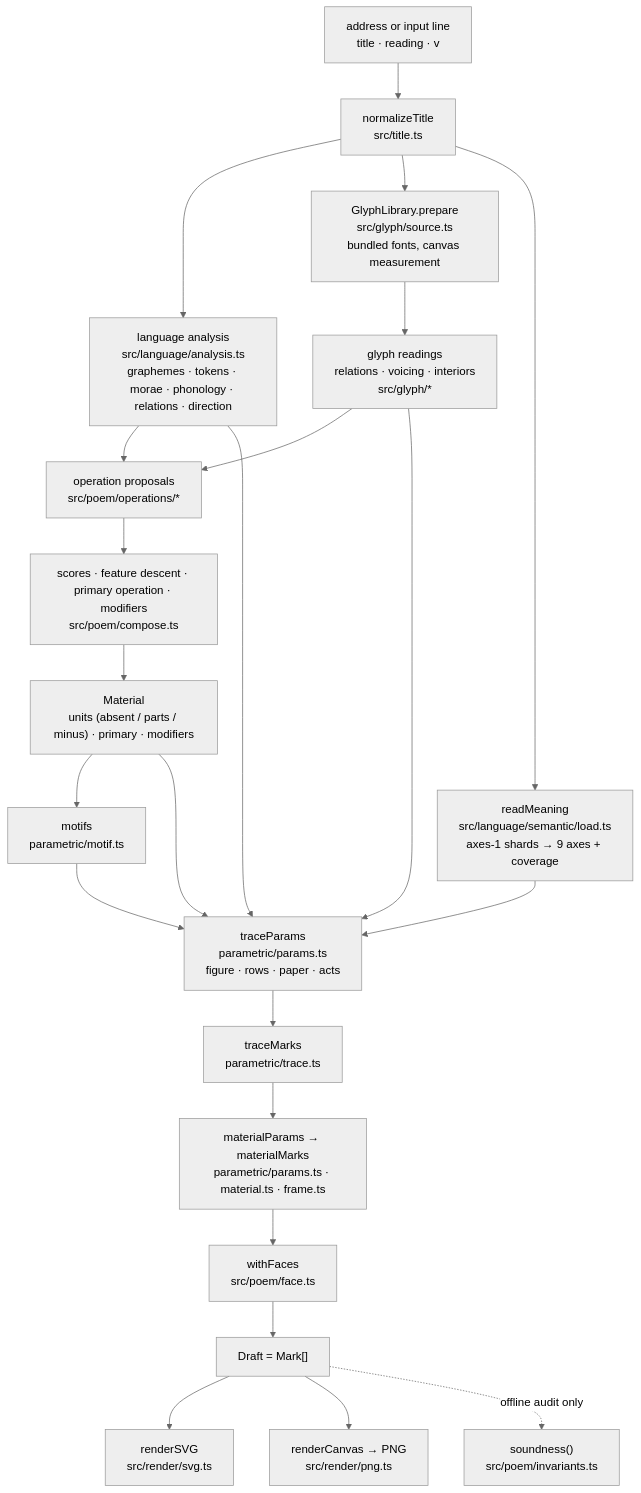
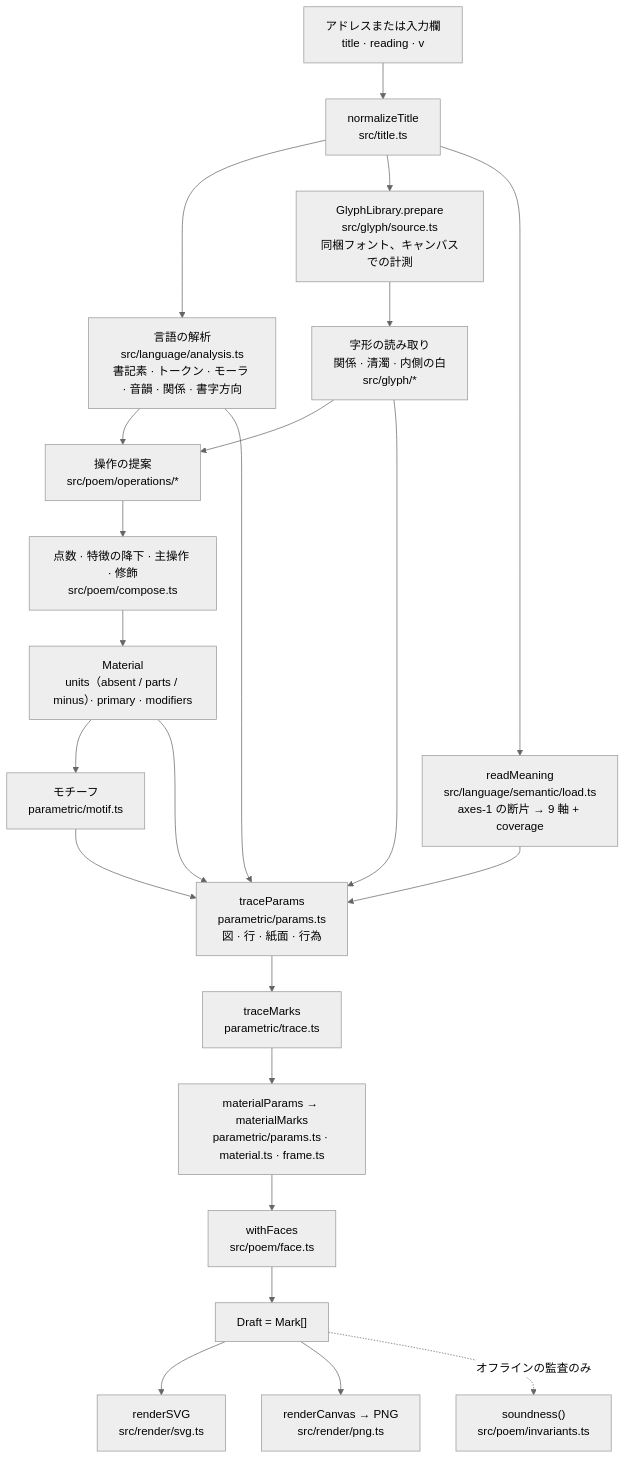
The diagram in docs/architecture.md (endoftheyukky/kotoba-no-katachi), drawn with Mermaid (neutral theme) before and after one commit. The commit also changed other lines of this file and 13 other files, not shown here.

````diff
--- a/docs/architecture.md
+++ b/docs/architecture.md
@@ -13,26 +7,26 @@
 ```mermaid
 flowchart TD
-  ADDR["address or input line<br/>title · reading · v"] --> NT["normalizeTitle<br/>src/title.ts"]
-  NT --> LA["language analysis<br/>src/language/analysis.ts<br/>graphemes · tokens · morae · phonology · relations · direction"]
-  NT --> GL["GlyphLibrary.prepare<br/>src/glyph/source.ts<br/>bundled fonts, canvas measurement"]
-  GL --> GR["glyph readings<br/>relations · voicing · interiors<br/>src/glyph/*"]
-  LA --> PROP["operation proposals<br/>src/poem/operations/*"]
+  ADDR["アドレスまたは入力欄<br/>title · reading · v"] --> NT["normalizeTitle<br/>src/title.ts"]
+  NT --> LA["言語の解析<br/>src/language/analysis.ts<br/>書記素 · トークン · モーラ · 音韻 · 関係 · 書字方向"]
+  NT --> GL["GlyphLibrary.prepare<br/>src/glyph/source.ts<br/>同梱フォント、キャンバスでの計測"]
+  GL --> GR["字形の読み取り<br/>関係 · 清濁 · 内側の白<br/>src/glyph/*"]
+  LA --> PROP["操作の提案<br/>src/poem/operations/*"]
   GR --> PROP
-  PROP --> DESC["scores · feature descent · primary operation · modifiers<br/>src/poem/compose.ts"]
-  DESC --> MAT["Material<br/>units (absent / parts / minus) · primary · modifiers"]
+  PROP --> DESC["点数 · 特徴の降下 · 主操作 · 修飾<br/>src/poem/compose.ts"]
+  DESC --> MAT["Material<br/>units（absent / parts / minus）· primary · modifiers"]
 
-  NT --> MEAN["readMeaning<br/>src/language/semantic/load.ts<br/>axes-1 shards → 9 axes + coverage"]
-  MAT --> MOT["motifs<br/>parametric/motif.ts"]
+  NT --> MEAN["readMeaning<br/>src/language/semantic/load.ts<br/>axes-1 の断片 → 9 軸 + coverage"]
+  MAT --> MOT["モチーフ<br/>parametric/motif.ts"]
   MAT --> TP
   LA --> TP
   GR --> TP
-  MOT --> TP["traceParams<br/>parametric/params.ts<br/>figure · rows · paper · acts"]
+  MOT --> TP["traceParams<br/>parametric/params.ts<br/>図 · 行 · 紙面 · 行為"]
   MEAN --> TP
   TP --> TM["traceMarks<br/>parametric/trace.ts"]
   TM --> MM["materialParams → materialMarks<br/>parametric/params.ts · material.ts · frame.ts"]
   MM --> FACE["withFaces<br/>src/poem/face.ts"]
   FACE --> DRAFT["Draft = Mark[]"]
   DRAFT --> SVG["renderSVG<br/>src/render/svg.ts"]
   DRAFT --> PNG["renderCanvas → PNG<br/>src/render/png.ts"]
-  DRAFT -.->|offline audit only| INV["soundness()<br/>src/poem/invariants.ts"]
+  DRAFT -.->|オフラインの監査のみ| INV["soundness()<br/>src/poem/invariants.ts"]
 ```
````
